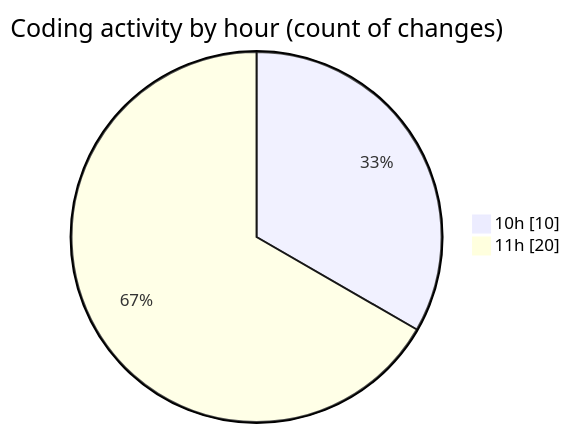
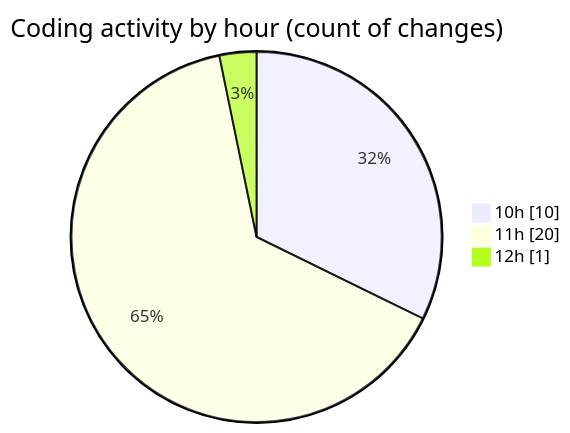
Before and after one commit to BS-eng2023/code-tracking: the second of 2 diagrams in 2025-03-31/jsvms/README.md, drawn with Mermaid. The commit also changed other lines of this file and 1 other file, not shown here.

````diff
--- a/2025-03-31/jsvms/README.md
+++ b/2025-03-31/jsvms/README.md
@@ -39,6 +39,7 @@
 ```mermaid
 pie showData
 title Coding activity by hour (count of changes)
 "10h" : 10
 "11h" : 20
+"12h" : 1
 ```
````
